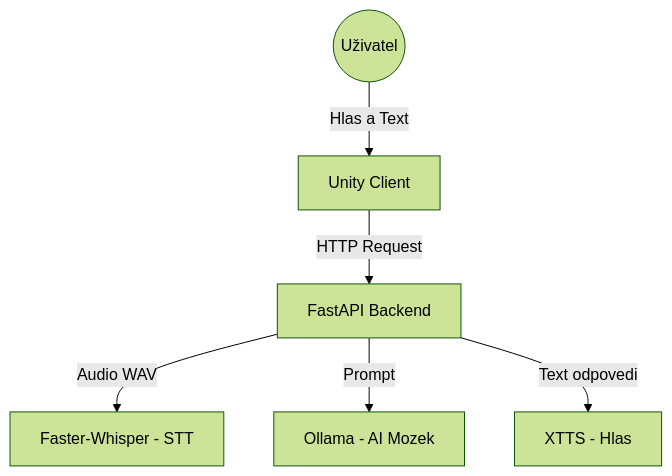
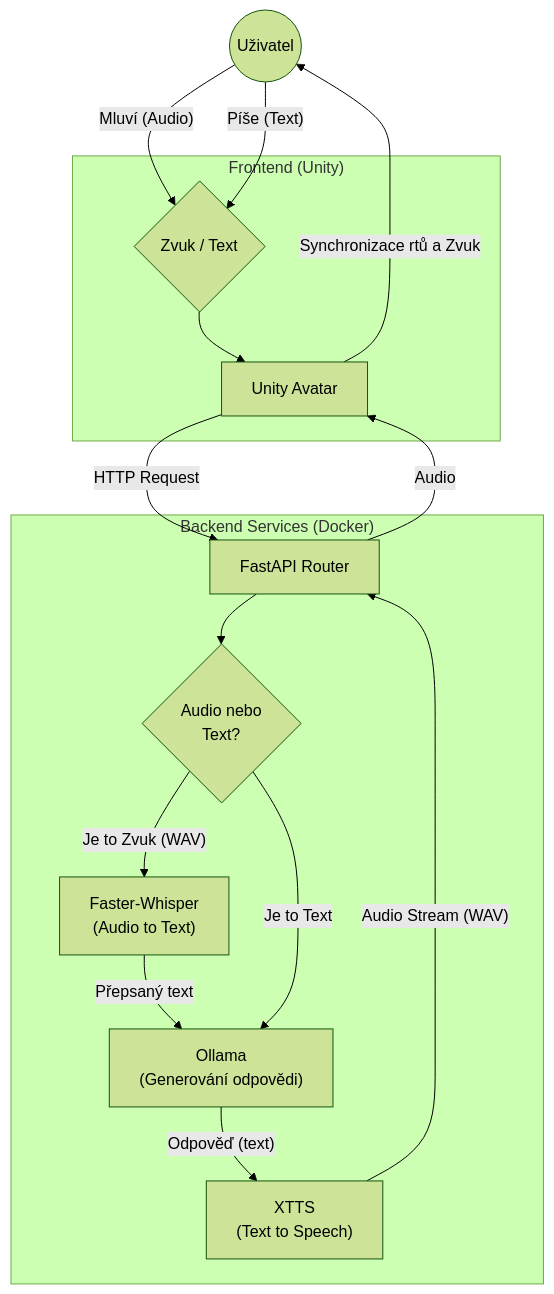
Before and after one commit to FrantisekPetricek/PraxeProjekt: the first of 2 diagrams in README.md, drawn with Mermaid (forest theme). The commit also changed other lines of this file, not shown here.

Commit message:
README Update

````diff
--- a/README.md
+++ b/README.md
@@ -34,18 +34,43 @@
 ```mermaid
 graph TD
     User((Uživatel))
-    Unity[Unity Client]
-    API[FastAPI Backend]
+
+    subgraph Client ["Frontend (Unity)"]
+        Unity[Unity Avatar]
+        InputDecider{"Zvuk / Text"}
+    end
+
+    User -- "Mluví (Audio)" --> InputDecider
+    User -- "Píše (Text)" --> InputDecider
+    InputDecider --> Unity
+
+    Unity -- "HTTP Request" --> API
+
+    subgraph Server ["Backend Services (Docker)"]
+        API[FastAPI Router]
+        
+        CheckInput{"Audio nebo<br/>Text?"}
+        
+        STT["Faster-Whisper<br/>(Audio to Text)"]
+        LLM["Ollama<br/>(Generování odpovědi)"]
+        TTS["XTTS<br/>(Text to Speech)"]
+    end
+
+    %% --- TOK DAT V BACKENDU ---
+    API --> CheckInput
     
-    Whisper[Faster-Whisper - STT]
-    Ollama[Ollama - AI Mozek]
-    XTTS[XTTS - Hlas]
+    %% Cesta 1: Zvuk
+    CheckInput -- "Je to Zvuk (WAV)" --> STT
+    STT -- "Přepsaný text" --> LLM
+    
+    %% Cesta 2: Text (přímá)
+    CheckInput -- "Je to Text" --> LLM
 
-    %% Tok dat
-    User -- Hlas a Text --> Unity
-    Unity -- HTTP Request --> API
-    
-    API -- Audio WAV --> Whisper
-    API -- Prompt --> Ollama
-    API -- Text odpovedi --> XTTS 
+    %% Zpracování odpovědi
+    LLM -- "Odpověď (text)" --> TTS
+    TTS -- "Audio Stream (WAV)" --> API
+
+    %% --- VÝSTUP ZPĚT K UŽIVATELI ---
+    API -- "Audio" --> Unity
+    Unity -- "Synchronizace rtů a Zvuk" --> User 
 ```
````
